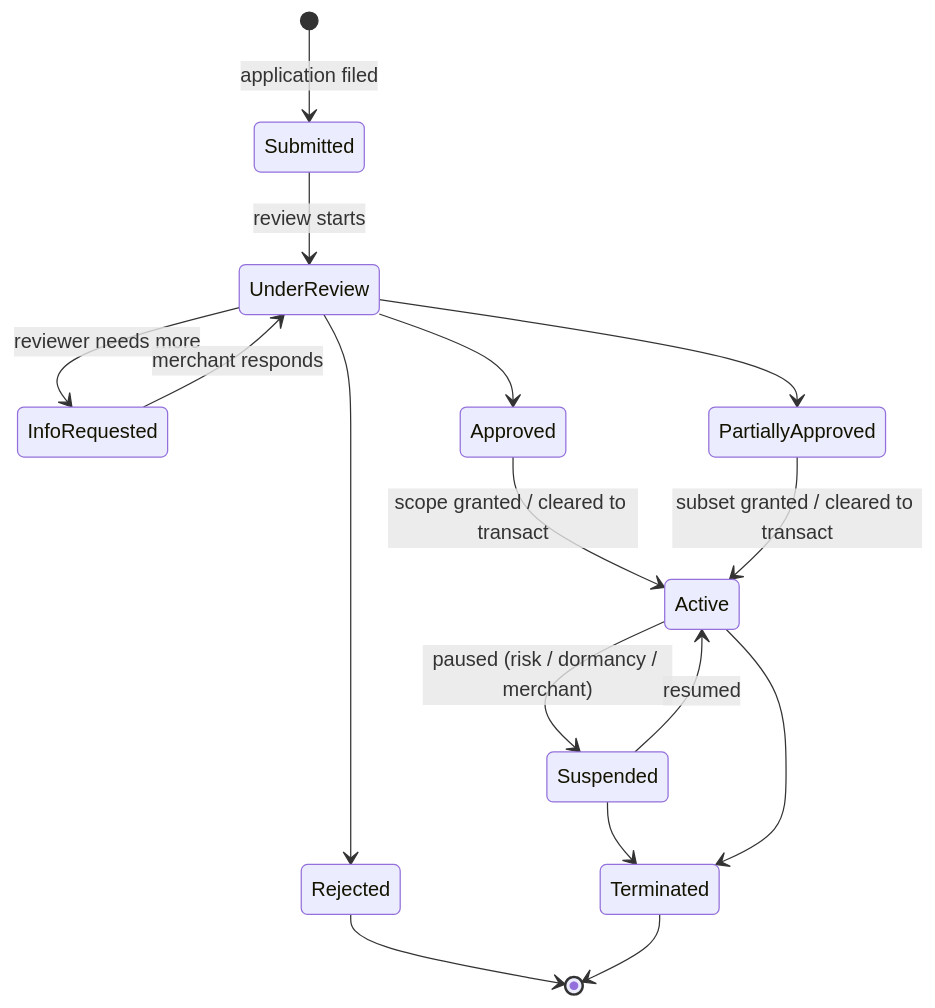
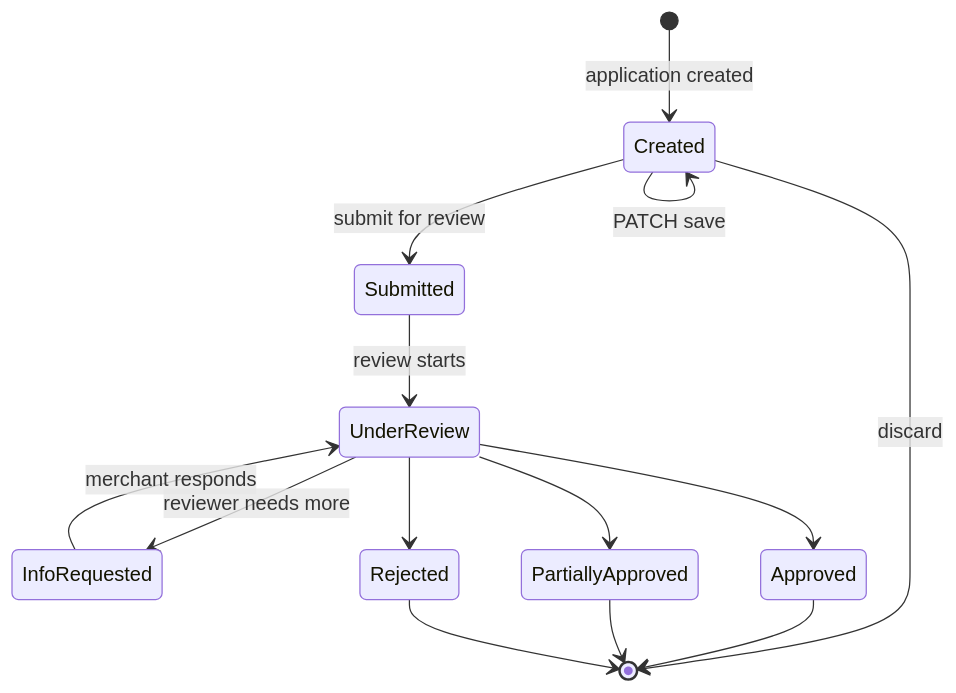
One commit to yanomic/yanomic.github.io changed the diagram in content/blogs/2026-04-21-payment-capability-onboarding/index.md. Above: the diagram before and after it, drawn with Mermaid. The commit also changed other lines of this file, not shown here.

Commit message:
Added created state for onboarding application

````diff
--- a/content/blogs/2026-04-21-payment-capability-onboarding/index.md
+++ b/content/blogs/2026-04-21-payment-capability-onboarding/index.md
@@ -90,18 +87,16 @@
 ```mermaid
 stateDiagram-v2
-    [*] --> Submitted: application filed
+    [*] --> Created: application created
+    Created --> Created: PATCH save
+    Created --> Submitted: submit for review
+    Created --> [*]: discard
     Submitted --> UnderReview: review starts
     UnderReview --> InfoRequested: reviewer needs more
     InfoRequested --> UnderReview: merchant responds
     UnderReview --> Approved
     UnderReview --> PartiallyApproved
     UnderReview --> Rejected
-    Approved --> Active: scope granted / cleared to transact
-    PartiallyApproved --> Active: subset granted / cleared to transact
-    Active --> Suspended: paused (risk / dormancy / merchant)
-    Suspended --> Active: resumed
-    Suspended --> Terminated
-    Active --> Terminated
+    Approved --> [*]
+    PartiallyApproved --> [*]
     Rejected --> [*]
-    Terminated --> [*]
 ```
````
